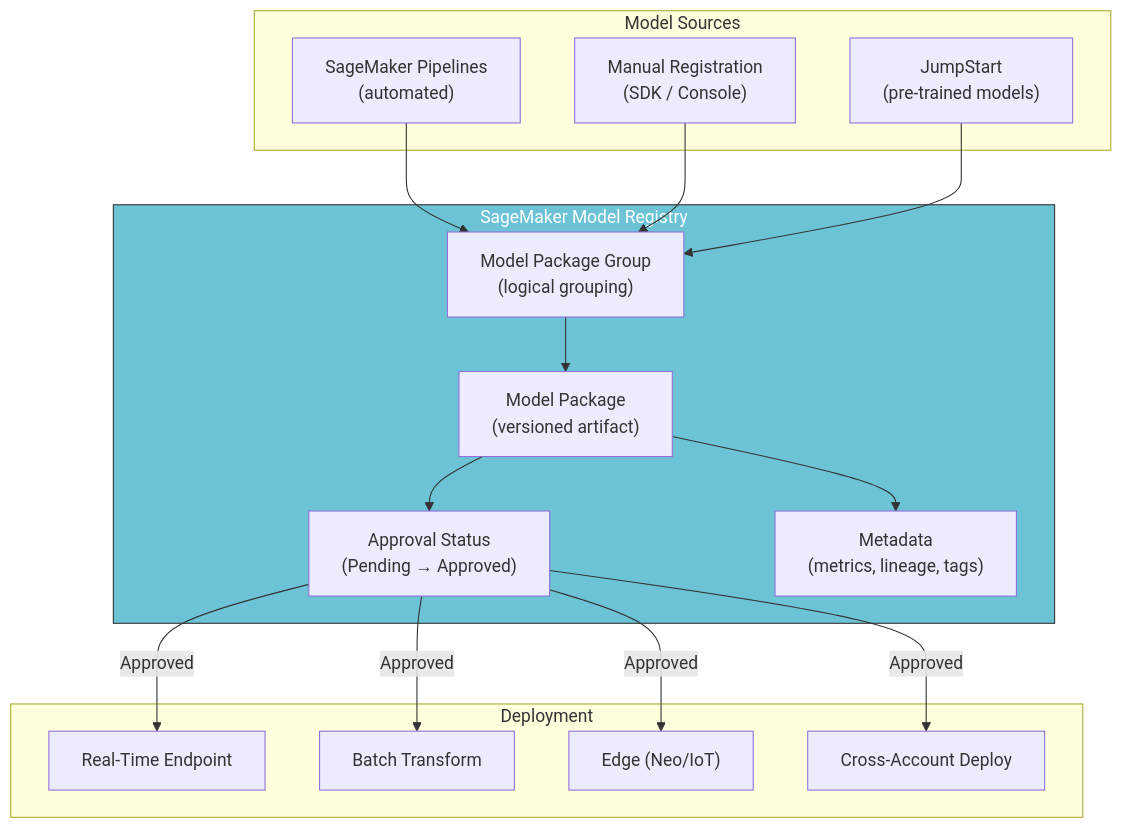
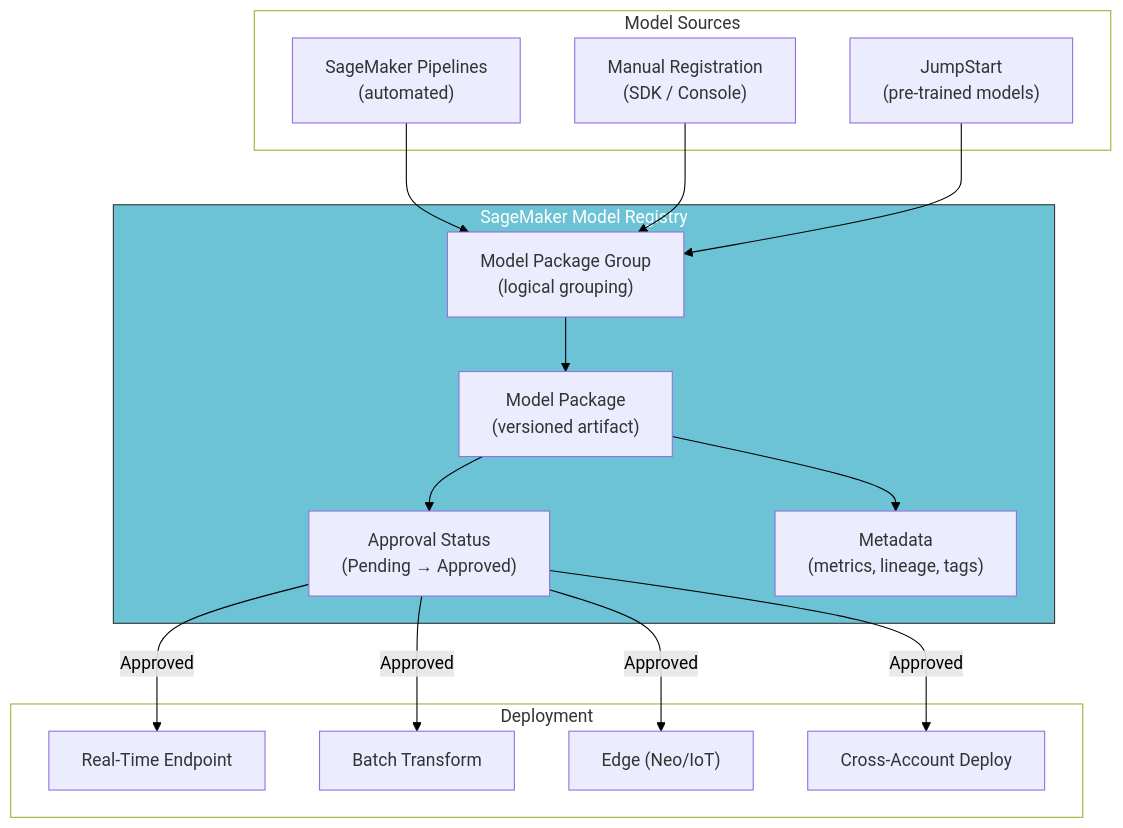
Before and after one commit to tanquangduong/tanquangduong.github.io: the fourth of 10 diagrams in posts/aiops-interview/MLOps-Interview-QA-4.qmd, drawn with Mermaid. The commit also changed other lines of this file and 204 other files, not shown here.

````diff
--- a/posts/aiops-interview/MLOps-Interview-QA-4.qmd
+++ b/posts/aiops-interview/MLOps-Interview-QA-4.qmd
@@ -402,36 +405,39 @@
 ```{mermaid}
 graph TD
+    linkStyle default stroke:#000,color:#000
     subgraph Sources["Model Sources"]
         PIPE["SageMaker Pipelines<br/>(automated)"]
         MANUAL["Manual Registration<br/>(SDK / Console)"]
         JUMPSTART["JumpStart<br/>(pre-trained models)"]
     end
 
     subgraph Registry["SageMaker Model Registry"]
         GROUP["Model Package Group<br/>(logical grouping)"]
         VERSION["Model Package<br/>(versioned artifact)"]
         STATUS["Approval Status<br/>(Pending → Approved)"]
         META["Metadata<br/>(metrics, lineage, tags)"]
     end
 
     subgraph Deploy["Deployment"]
         ENDPOINT["Real-Time Endpoint"]
         BATCH_D["Batch Transform"]
         EDGE["Edge (Neo/IoT)"]
         CROSS["Cross-Account Deploy"]
     end
 
     PIPE --> GROUP
     MANUAL --> GROUP
     JUMPSTART --> GROUP
 
     GROUP --> VERSION --> STATUS
     VERSION --> META
 
     STATUS -->|"Approved"| ENDPOINT
     STATUS -->|"Approved"| BATCH_D
     STATUS -->|"Approved"| EDGE
     STATUS -->|"Approved"| CROSS
 
     style Registry fill:#6cc3d5,stroke:#333,color:#fff
+    style Sources fill:#fff
+    style Deploy fill:#fff
 ```
````
